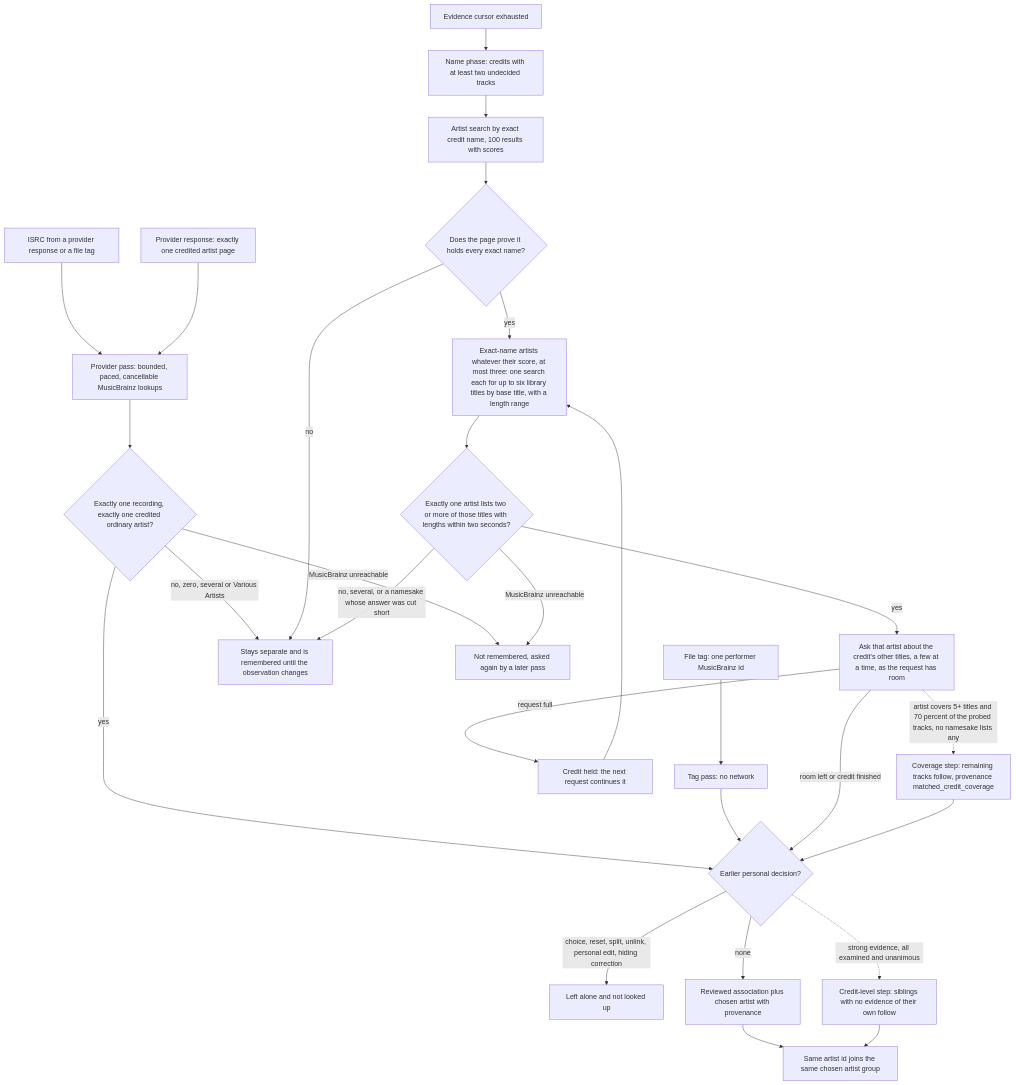
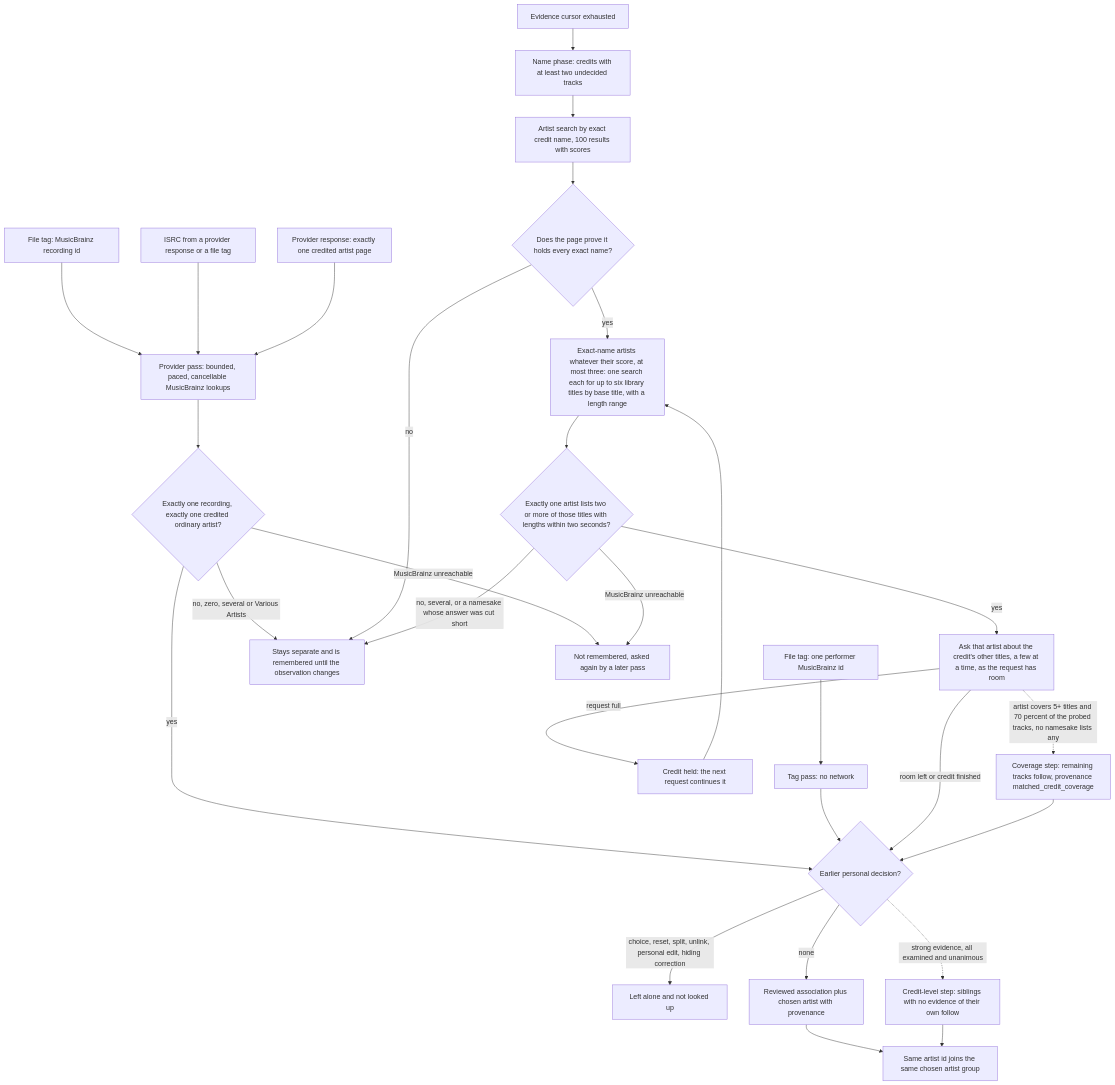
The second of 6 diagrams in docs/artist-matching.md (acidiney/hitoapp), drawn with Mermaid before and after one commit. The commit also changed other lines of this file and 2 other files, not shown here.

Commit message:
Document recording identifier artist matching

````diff
--- a/docs/artist-matching.md
+++ b/docs/artist-matching.md
@@ -40,30 +40,31 @@
 ```mermaid
 flowchart TD
     Tag[File tag: one performer MusicBrainz id] --> TagPass[Tag pass: no network]
+    RecId[File tag: MusicBrainz recording id] --> Lookup
     Isrc[ISRC from a provider response or a file tag] --> Lookup
     Page[Provider response: exactly one credited artist page] --> Lookup
     Lookup[Provider pass: bounded, paced, cancellable MusicBrainz lookups] --> Answer{Exactly one recording, exactly one credited ordinary artist?}
     Answer -->|no, zero, several or Various Artists| Uncertain[Stays separate and is remembered until the observation changes]
     Answer -->|MusicBrainz unreachable| Retry[Not remembered, asked again by a later pass]
     Answer -->|yes| Same
     TagPass --> Same{Earlier personal decision?}
     Same -->|choice, reset, split, unlink, personal edit, hiding correction| Left[Left alone and not looked up]
     Same -->|none| Apply[Reviewed association plus chosen artist with provenance]
     Apply --> Group[Same artist id joins the same chosen artist group]
     Evidence[Evidence cursor exhausted] --> Names[Name phase: credits with at least two undecided tracks]
     Names --> Search[Artist search by exact credit name, 100 results with scores]
     Search --> Complete{Does the page prove it holds every exact name?}
     Complete -->|no| Uncertain
     Complete -->|yes| Ask[Exact-name artists whatever their score, at most three: one search each for up to six library titles by base title, with a length range]
     Ask --> Corroborate{Exactly one artist lists two or more of those titles with lengths within two seconds?}
     Corroborate -->|no, several, or a namesake whose answer was cut short| Uncertain
     Corroborate -->|MusicBrainz unreachable| Retry
     Corroborate -->|yes| Follow[Ask that artist about the credit's other titles, a few at a time, as the request has room]
     Follow -->|room left or credit finished| Same
     Follow -->|request full| Hold[Credit held: the next request continues it]
     Hold --> Ask
     Same -.->|strong evidence, all examined and unanimous| Credit[Credit-level step: siblings with no evidence of their own follow]
     Credit --> Group
     Follow -.->|artist covers 5+ titles and 70 percent of the probed tracks, no namesake lists any| Cover[Coverage step: remaining tracks follow, provenance matched_credit_coverage]
     Cover --> Same
 ```
````
